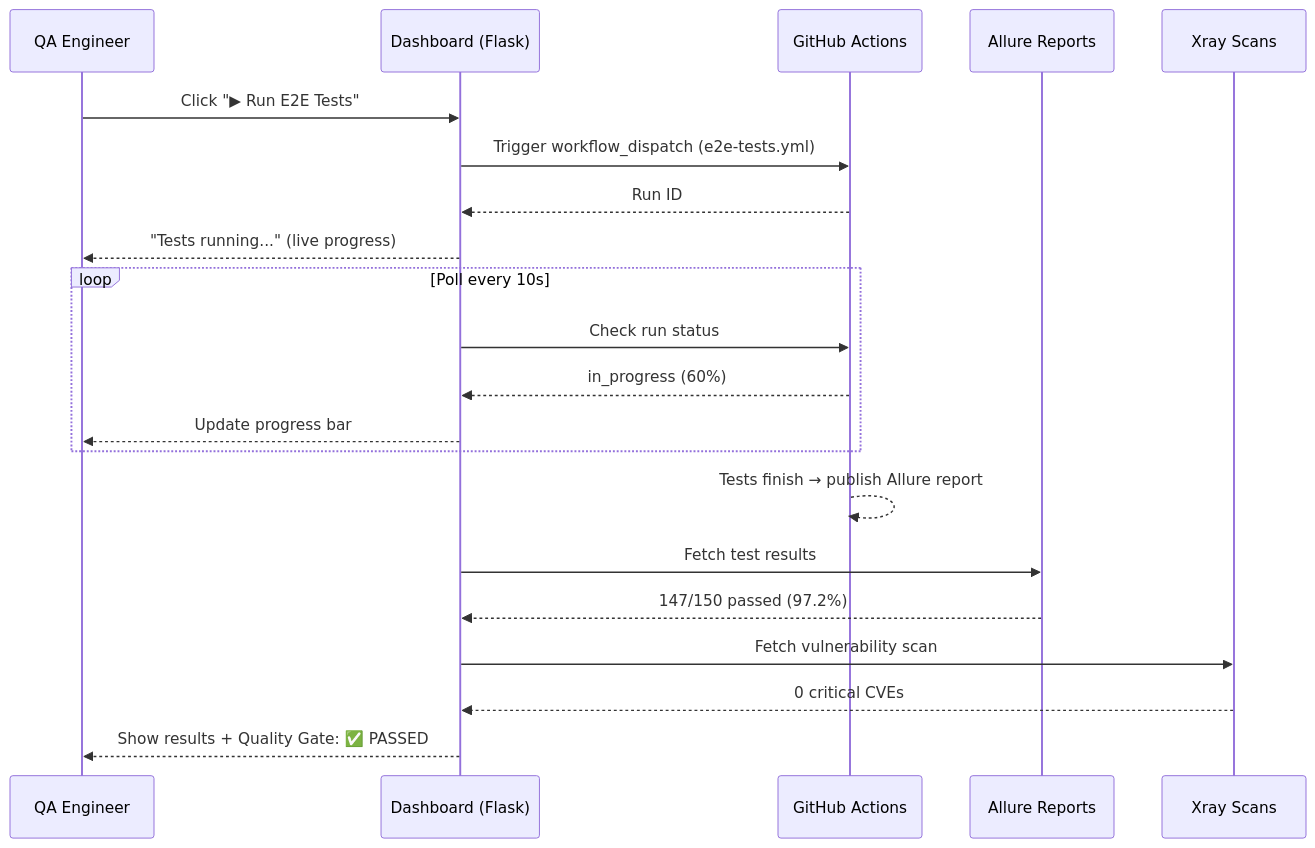
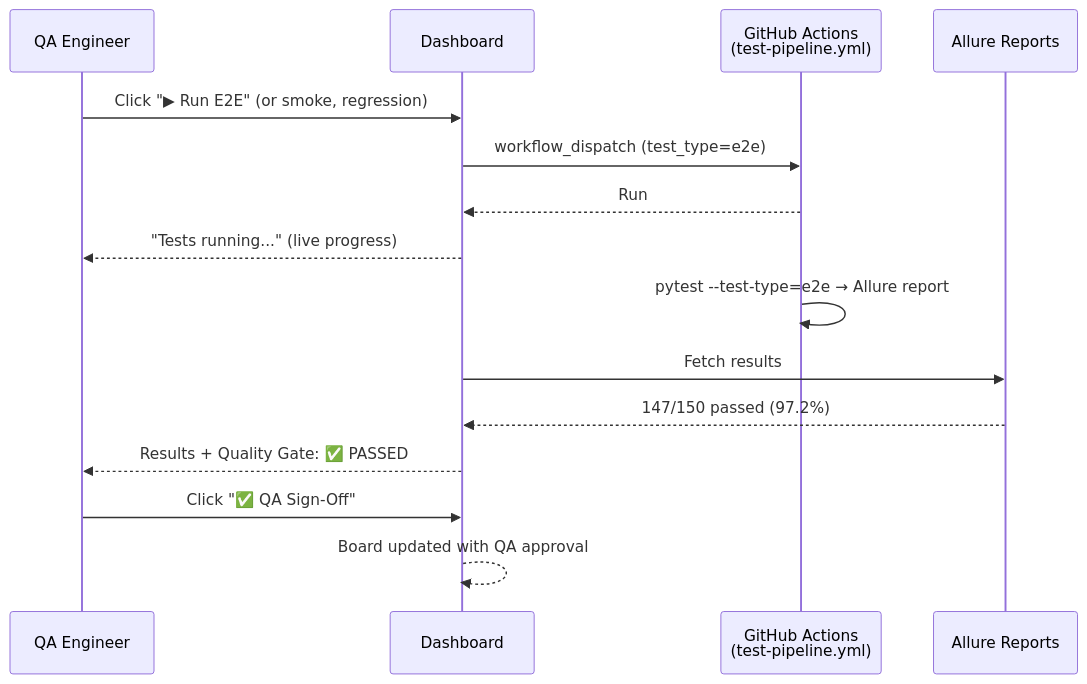
One commit to frnx82/release_readiness changed the first of 2 diagrams in docs/QA-IMPLEMENTATION-GUIDE.md. Above: the diagram before and after it, drawn with Mermaid. The commit also changed other lines of this file and 1 other file, not shown here.

Commit message:
adding test confluence

````diff
--- a/docs/QA-IMPLEMENTATION-GUIDE.md
+++ b/docs/QA-IMPLEMENTATION-GUIDE.md
@@ -53,26 +32,20 @@
 ```mermaid
 sequenceDiagram
     participant QA as QA Engineer
-    participant Dash as Dashboard (Flask)
-    participant GHA as GitHub Actions
+    participant Dash as Dashboard
+    participant GHA as GitHub Actions<br/>(test-pipeline.yml)
     participant Allure as Allure Reports
-    participant Xray as Xray Scans
 
-    QA->>Dash: Click "▶ Run E2E Tests"
-    Dash->>GHA: Trigger workflow_dispatch (e2e-tests.yml)
-    GHA-->>Dash: Run ID #12345
+    QA->>Dash: Click "▶ Run E2E" (or smoke, regression)
+    Dash->>GHA: workflow_dispatch (test_type=e2e)
+    GHA-->>Dash: Run #12345
     Dash-->>QA: "Tests running..." (live progress)
-    
-    loop Poll every 10s
-        Dash->>GHA: Check run status
-        GHA-->>Dash: in_progress (60%)
-        Dash-->>QA: Update progress bar
-    end
 
-    GHA-->>GHA: Tests finish → publish Allure report
-    Dash->>Allure: Fetch test results
+    GHA->>GHA: pytest --test-type=e2e → Allure report
+    Dash->>Allure: Fetch results
     Allure-->>Dash: 147/150 passed (97.2%)
-    Dash->>Xray: Fetch vulnerability scan
-    Xray-->>Dash: 0 critical CVEs
-    Dash-->>QA: Show results + Quality Gate: ✅ PASSED
+    Dash-->>QA: Results + Quality Gate: ✅ PASSED
+
+    QA->>Dash: Click "✅ QA Sign-Off"
+    Dash-->>Dash: Board updated with QA approval
 ```
````
